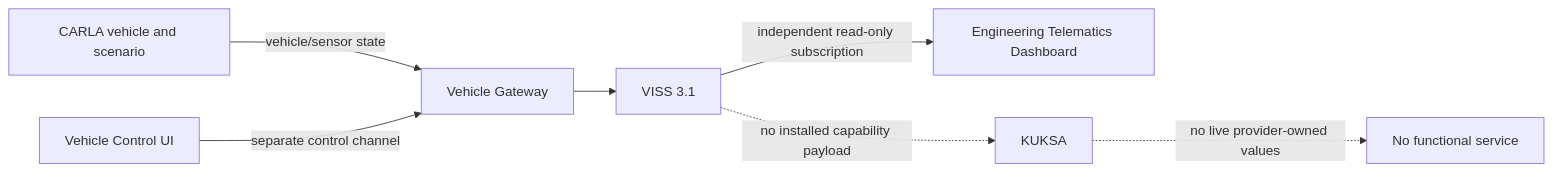
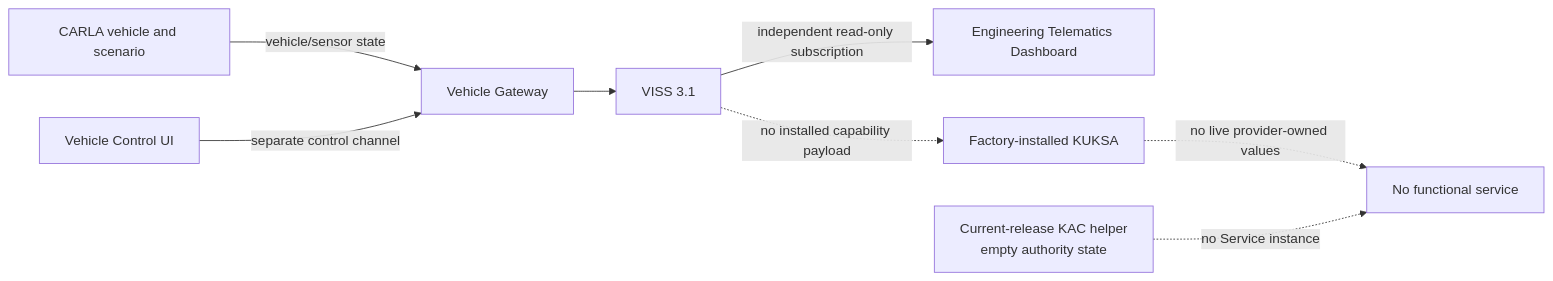
One commit to alexmaninblack/aosedge-sdv-demo changed the sixth of 22 diagrams in docs/architecture/demo-scenario-architecture-flows.md. Above: the diagram before and after it, drawn with Mermaid. The commit also changed other lines of this file and 60 other files, not shown here.

````diff
--- a/docs/architecture/demo-scenario-architecture-flows.md
+++ b/docs/architecture/demo-scenario-architecture-flows.md
@@ -374,9 +471,10 @@
 ```mermaid
 flowchart LR
     CARLA["CARLA vehicle and scenario"] -->|"vehicle/sensor state"| GW["Vehicle Gateway"]
     CONTROL["Vehicle Control UI"] -->|"separate control channel"| GW
     GW --> VISS["VISS 3.1"]
     VISS -->|"independent read-only subscription"| ENG["Engineering Telematics Dashboard"]
-    VISS -. "no installed capability payload" .-> KUKSA["KUKSA"]
+    VISS -. "no installed capability payload" .-> KUKSA["Factory-installed KUKSA"]
     KUKSA -. "no live provider-owned values" .-> NONE["No functional service"]
+    KAC["Current-release KAC helper<br/>empty authority state"] -. "no Service instance" .-> NONE
 ```
````
